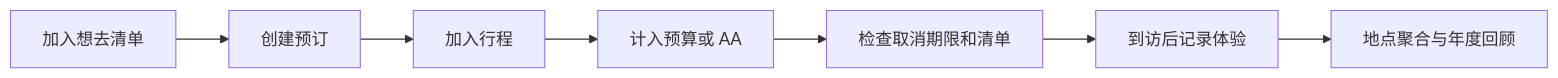
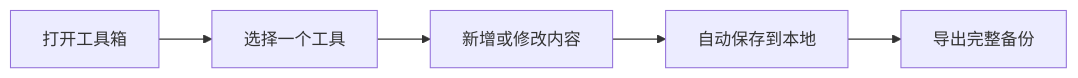
Before and after one commit to shihg7/wechat_mini_program: the first of 7 diagrams in docs/USER_GUIDE.md, drawn with Mermaid. The commit also changed other lines of this file and 207 other files, not shown here.

````diff
--- a/docs/USER_GUIDE.md
+++ b/docs/USER_GUIDE.md
@@ -113,16 +61,12 @@
 ```mermaid
 flowchart LR
-    A["加入想去清单"]
-    B["创建预订"]
-    C["加入行程"]
-    D["计入预算或 AA"]
-    E["检查取消期限和清单"]
-    F["到访后记录体验"]
-    G["地点聚合与年度回顾"]
+    A["打开工具箱"]
+    B["选择一个工具"]
+    C["新增或修改内容"]
+    D["自动保存到本地"]
+    E["导出完整备份"]
     A --> B
     B --> C
     C --> D
     D --> E
-    E --> F
-    F --> G
 ```
````
